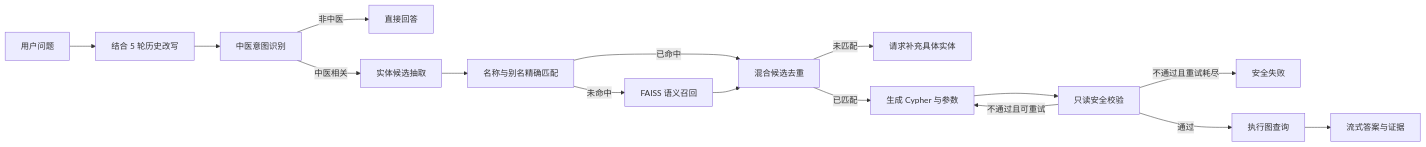
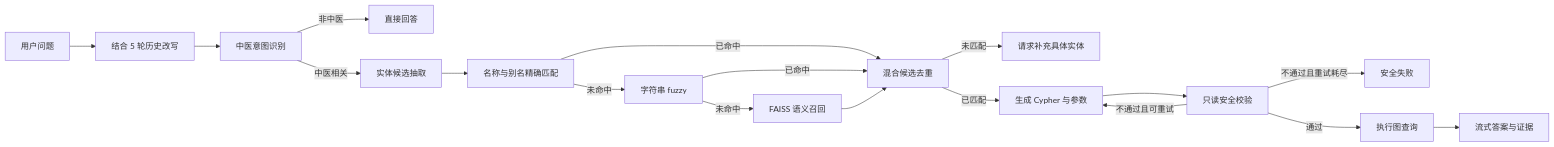
Before and after one commit to zhongzubin/Chinese_medicine_knowledgegraph: the diagram in docs/graph_qa/README.md, drawn with Mermaid. The commit also changed other lines of this file and 5 other files, not shown here.

Commit message:
docs(graph_qa): synchronize current M1-M4 status

````diff
--- a/docs/graph_qa/README.md
+++ b/docs/graph_qa/README.md
@@ -68,18 +72,20 @@
 ```mermaid
 flowchart LR
     A[用户问题] --> B[结合 5 轮历史改写]
     B --> C[中医意图识别]
     C -->|非中医| D[直接回答]
     C -->|中医相关| E[实体候选抽取]
     E --> F[名称与别名精确匹配]
-    F -->|未命中| G[FAISS 语义召回]
+    F -->|未命中| F2[字符串 fuzzy]
+    F2 -->|未命中| G[FAISS 语义召回]
     F -->|已命中| H[混合候选去重]
+    F2 -->|已命中| H
     G --> H
     H -->|未匹配| I[请求补充具体实体]
     H -->|已匹配| J[生成 Cypher 与参数]
     J --> K[只读安全校验]
     K -->|不通过且可重试| J
     K -->|不通过且重试耗尽| L[安全失败]
     K -->|通过| M[执行图查询]
     M --> N[流式答案与证据]
 ```
````
